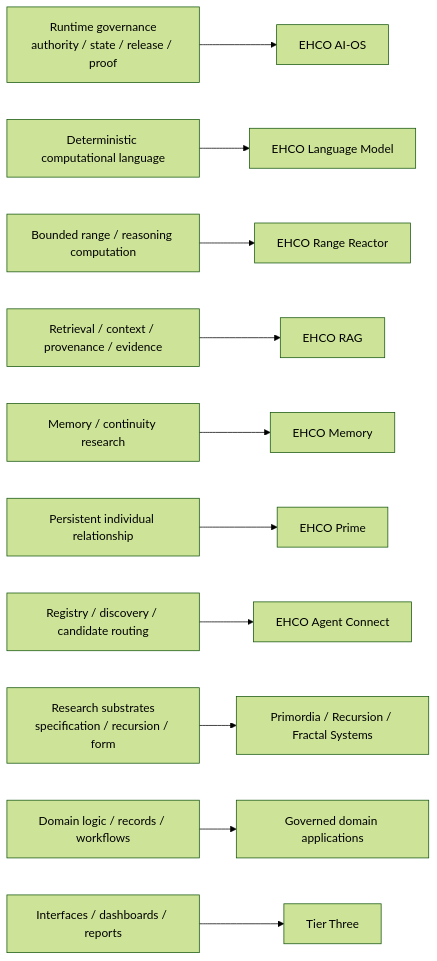
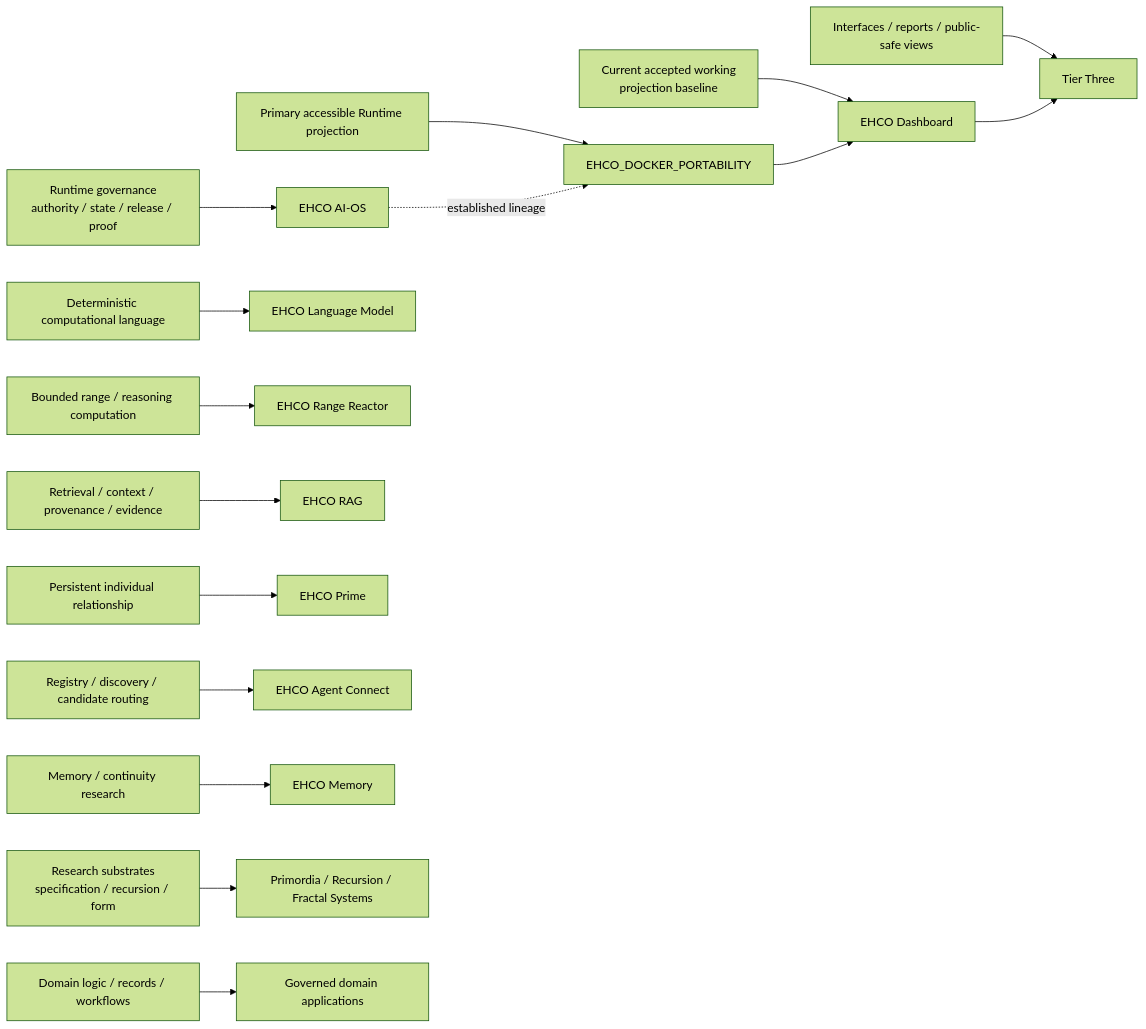
One commit to EHCOnomics-Systems/EHCOsystem changed the second of 4 diagrams in architecture/diagrams/README.md. Above: the diagram before and after it, drawn with Mermaid (forest theme). The commit also changed other lines of this file and 14 other files, not shown here.

````diff
--- a/architecture/diagrams/README.md
+++ b/architecture/diagrams/README.md
@@ -47,13 +51,19 @@
 ```mermaid
 flowchart LR
     R[Runtime governance<br/>authority / state / release / proof] --> AIOS[EHCO AI-OS]
+    RP[Primary accessible Runtime projection] --> DP[EHCO_DOCKER_PORTABILITY]
+    V[Current accepted working<br/>projection baseline] --> DASH[EHCO Dashboard]
     L[Deterministic computational language] --> LM[EHCO Language Model]
     Q[Bounded range / reasoning computation] --> RR[EHCO Range Reactor]
     E[Retrieval / context / provenance / evidence] --> RAG[EHCO RAG]
-    M[Memory / continuity research] --> MEM[EHCO Memory]
     P[Persistent individual relationship] --> PRIME[EHCO Prime]
     C[Registry / discovery / candidate routing] --> AC[EHCO Agent Connect]
+    M[Memory / continuity research] --> MEM[EHCO Memory]
     RF[Research substrates<br/>specification / recursion / form] --> RES[Primordia / Recursion / Fractal Systems]
     DA[Domain logic / records / workflows] --> APPS[Governed domain applications]
-    V[Interfaces / dashboards / reports] --> T3[Tier Three]
+    T[Interfaces / reports / public-safe views] --> T3[Tier Three]
+
+    AIOS -. established lineage .-> DP
+    DP --> DASH
+    DASH --> T3
 ```
````
